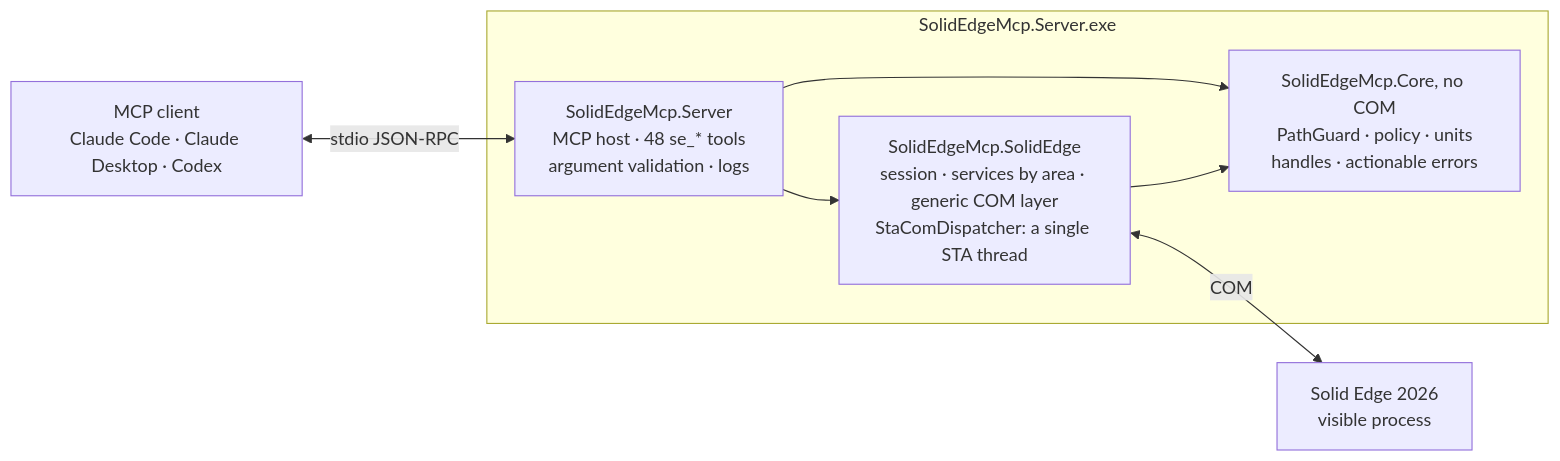
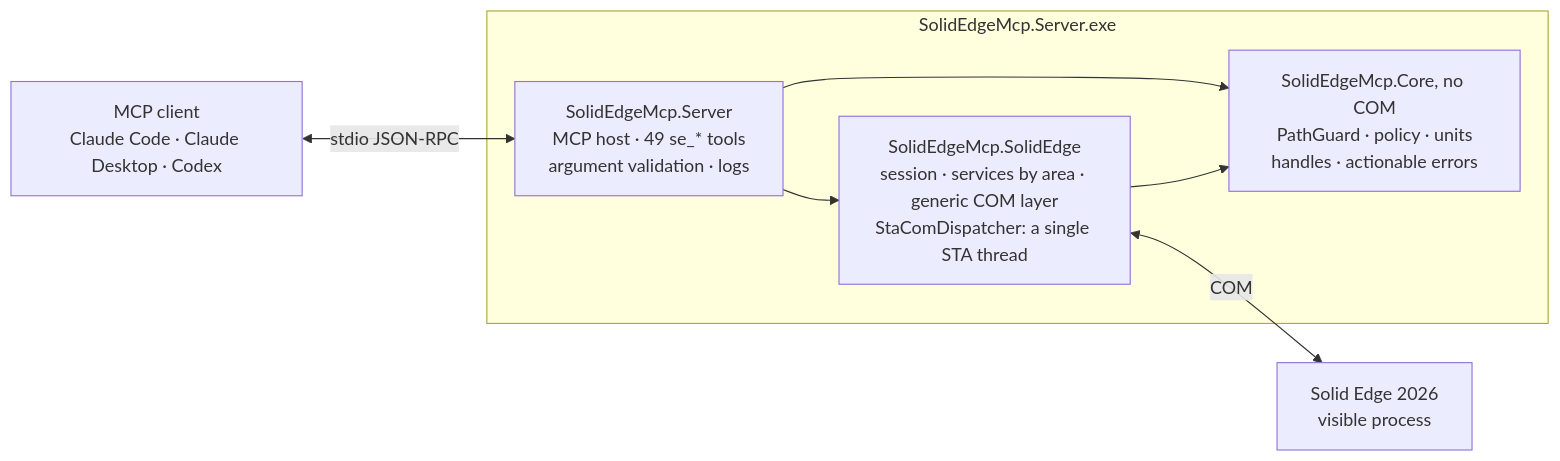
Before and after one commit to gabichuuuuu/solid-edge-mcp: the diagram in README.md, drawn with Mermaid. The commit also changed other lines of this file and 6 other files, not shown here.

````diff
--- a/README.md
+++ b/README.md
@@ -145,18 +146,18 @@
 ```mermaid
 flowchart LR
     client["MCP client<br/>Claude Code · Claude Desktop · Codex"]
 
     subgraph exe ["SolidEdgeMcp.Server.exe"]
-        server["SolidEdgeMcp.Server<br/>MCP host · 48 se_* tools<br/>argument validation · logs"]
+        server["SolidEdgeMcp.Server<br/>MCP host · 49 se_* tools<br/>argument validation · logs"]
         se["SolidEdgeMcp.SolidEdge<br/>session · services by area · generic COM layer<br/>StaComDispatcher: a single STA thread"]
         core["SolidEdgeMcp.Core, no COM<br/>PathGuard · policy · units<br/>handles · actionable errors"]
         server --> se
         server --> core
         se --> core
     end
 
     app["Solid Edge 2026<br/>visible process"]
 
     client <-->|stdio JSON-RPC| server
     se <-->|COM| app
 ```
````
